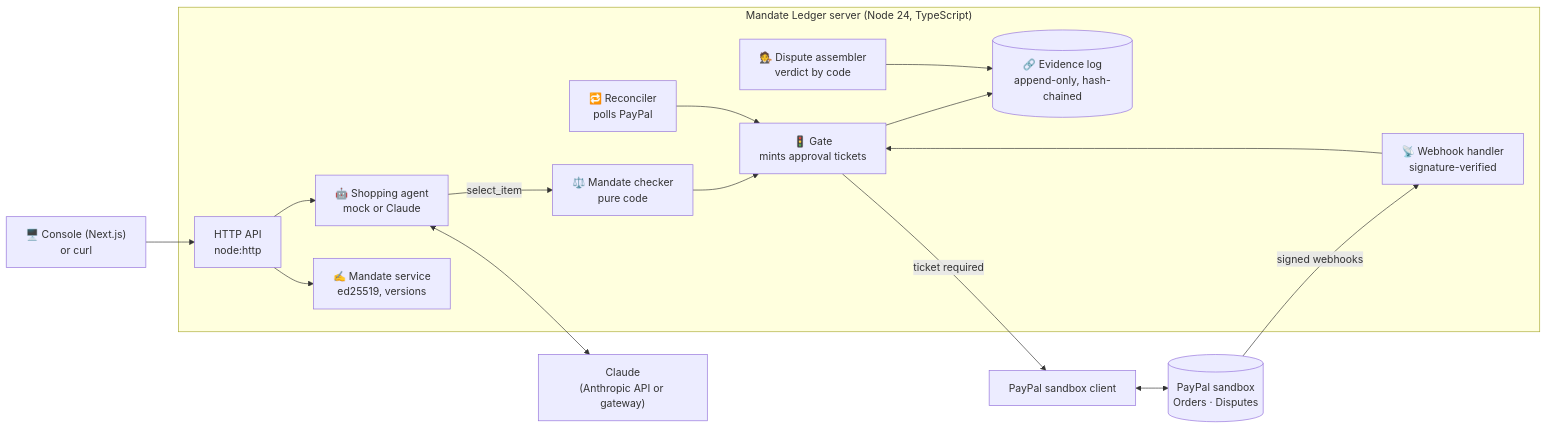
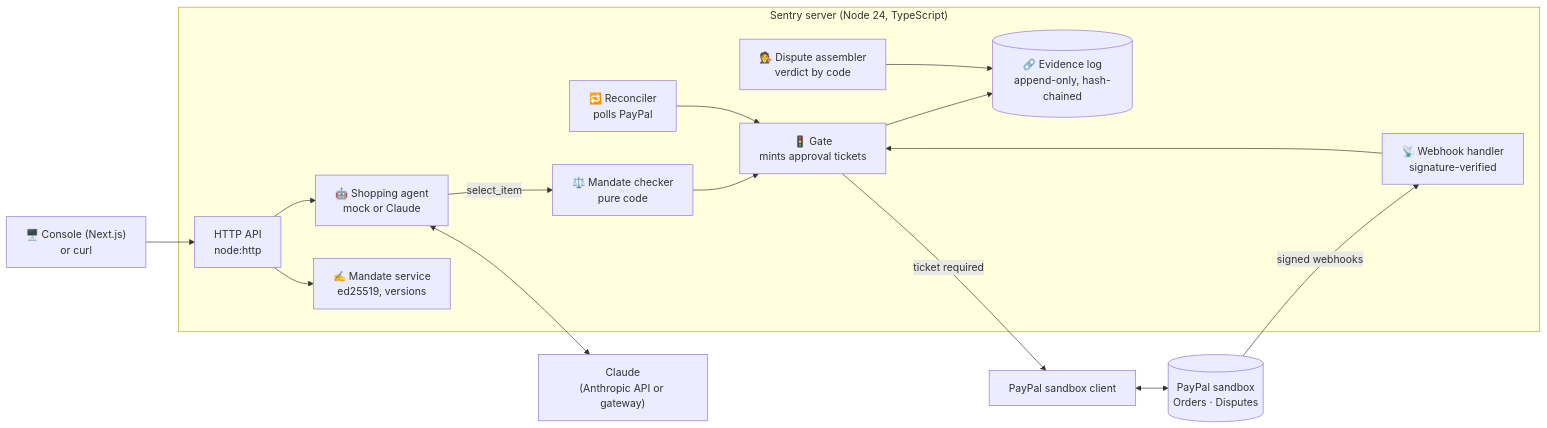
Before and after one commit to BUTTERFINGERS7498/PaypalAi: the diagram in README.md, drawn with Mermaid. The commit also changed other lines of this file and 11 other files, not shown here.

````diff
--- a/README.md
+++ b/README.md
@@ -118,18 +118,18 @@
 ```mermaid
 flowchart LR
     UI["🖥️ Console (Next.js)<br/>or curl"] --> API["HTTP API<br/>node:http"]
-    subgraph Server["Mandate Ledger server (Node 24, TypeScript)"]
+    subgraph Server["Sentry server (Node 24, TypeScript)"]
         API --> AG["🤖 Shopping agent<br/>mock or Claude"]
         AG -- "select_item" --> CK["⚖️ Mandate checker<br/>pure code"]
         CK --> G["🚦 Gate<br/>mints approval tickets"]
         G --> EV[("🔗 Evidence log<br/>append-only, hash-chained")]
         API --> M["✍️ Mandate service<br/>ed25519, versions"]
         WH["📡 Webhook handler<br/>signature-verified"] --> G
         RC["🔁 Reconciler<br/>polls PayPal"] --> G
         DS["🧑‍⚖️ Dispute assembler<br/>verdict by code"] --> EV
     end
     G -- "ticket required" --> PP["PayPal sandbox client"]
     PP <--> PAYPAL[("PayPal sandbox<br/>Orders · Disputes")]
     PAYPAL -- "signed webhooks" --> WH
     AG <--> LLM["Claude<br/>(Anthropic API or gateway)"]
 ```
````
